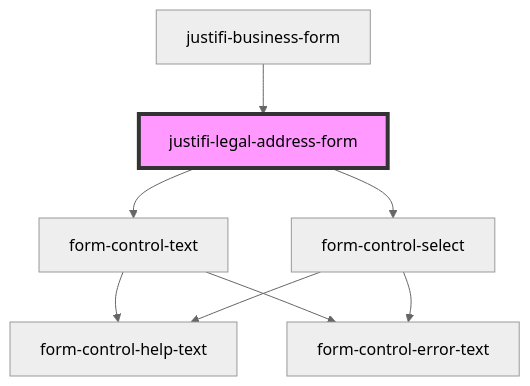
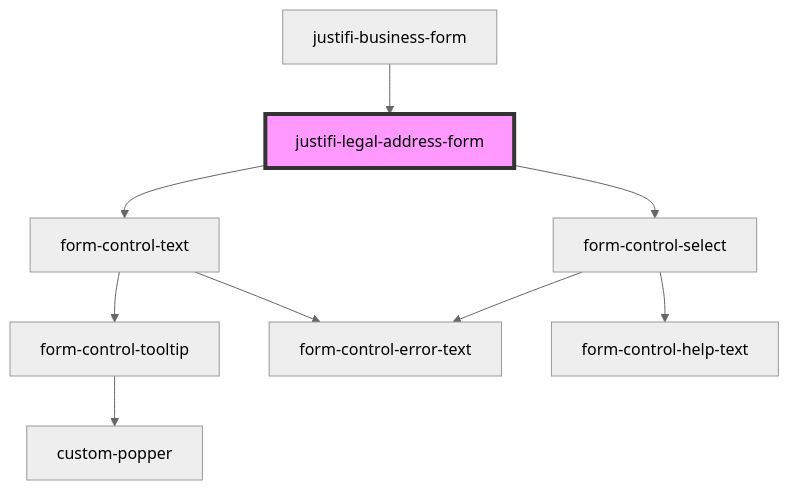
One commit to justifi-tech/web-component-library changed the diagram in packages/webcomponents/src/components/business-forms/business-form/legal-address-form/readme.md. Above: the diagram before and after it, drawn with Mermaid (neutral theme). The commit also changed 20 other files, not shown here.

````diff
--- a/packages/webcomponents/src/components/business-forms/business-form/legal-address-form/readme.md
+++ b/packages/webcomponents/src/components/business-forms/business-form/legal-address-form/readme.md
@@ -27,11 +27,12 @@
 ```mermaid
 graph TD;
   justifi-legal-address-form --> form-control-text
   justifi-legal-address-form --> form-control-select
-  form-control-text --> form-control-help-text
+  form-control-text --> form-control-tooltip
   form-control-text --> form-control-error-text
+  form-control-tooltip --> custom-popper
   form-control-select --> form-control-help-text
   form-control-select --> form-control-error-text
   justifi-business-form --> justifi-legal-address-form
   style justifi-legal-address-form fill:#f9f,stroke:#333,stroke-width:4px
 ```
````
